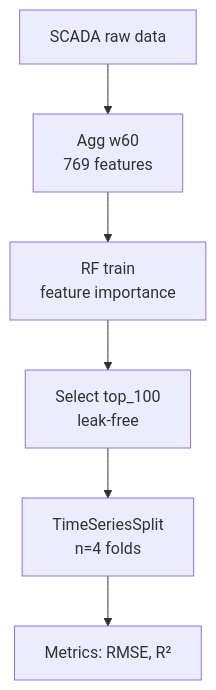
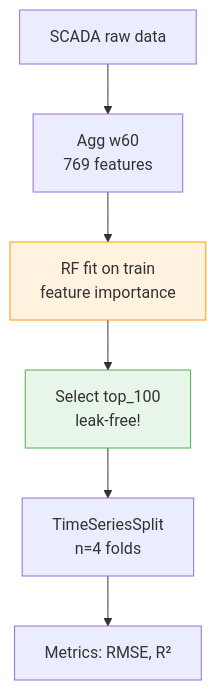
Before and after one commit to Misha-42/soda-ml-carbonation-control: the second of 9 diagrams in experiments/soda-ml-nir_targetB_v6/README.md, drawn with Mermaid. The commit also changed other lines of this file, not shown here.

````diff
--- a/experiments/soda-ml-nir_targetB_v6/README.md
+++ b/experiments/soda-ml-nir_targetB_v6/README.md
@@ -19,8 +91,10 @@
 ```mermaid
 flowchart TD
     A[SCADA raw data] --> B[Agg w60<br/>769 features]
-    B --> C[RF train<br/>feature importance]
-    C --> D[Select top_100<br/>leak-free]
+    B --> C[RF fit on train<br/>feature importance]
+    C --> D[Select top_100<br/>leak-free!]
     D --> E[TimeSeriesSplit<br/>n=4 folds]
     E --> F[Metrics: RMSE, R²]
+    style C fill:#fff3e0,stroke:#ff9800
+    style D fill:#e8f5e9,stroke:#4caf50
 ```
````
